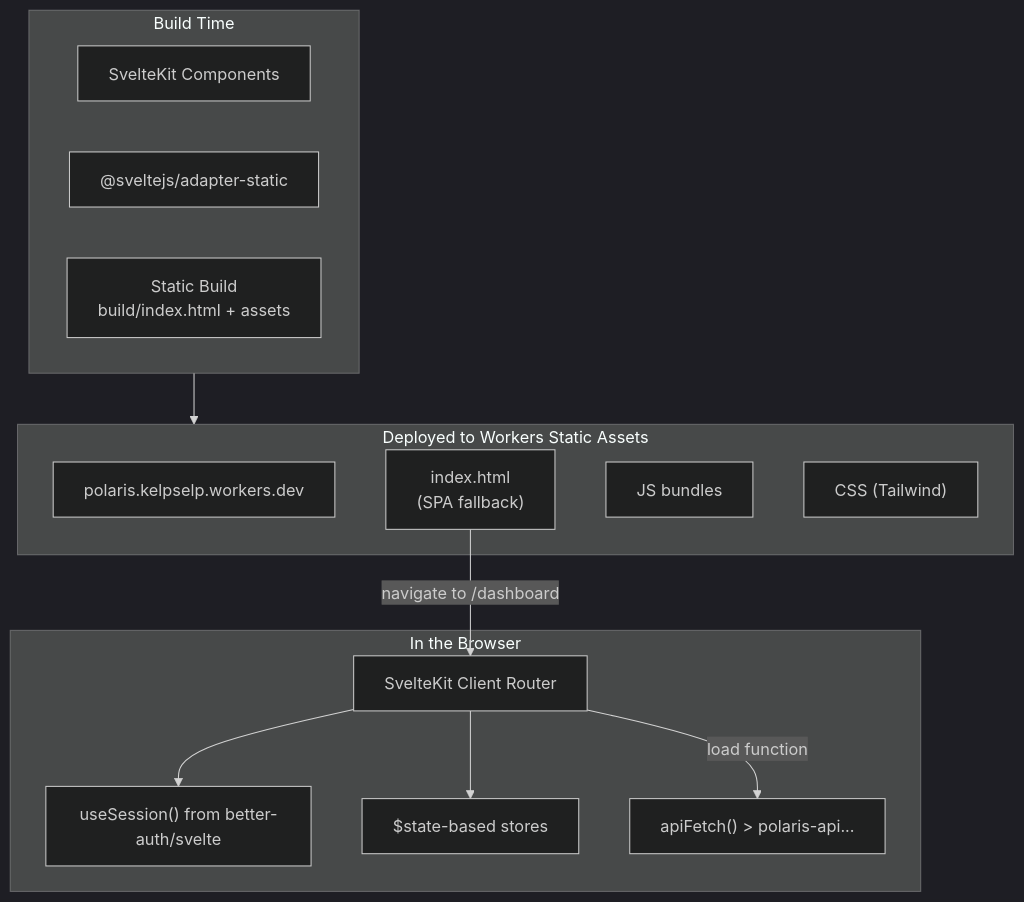
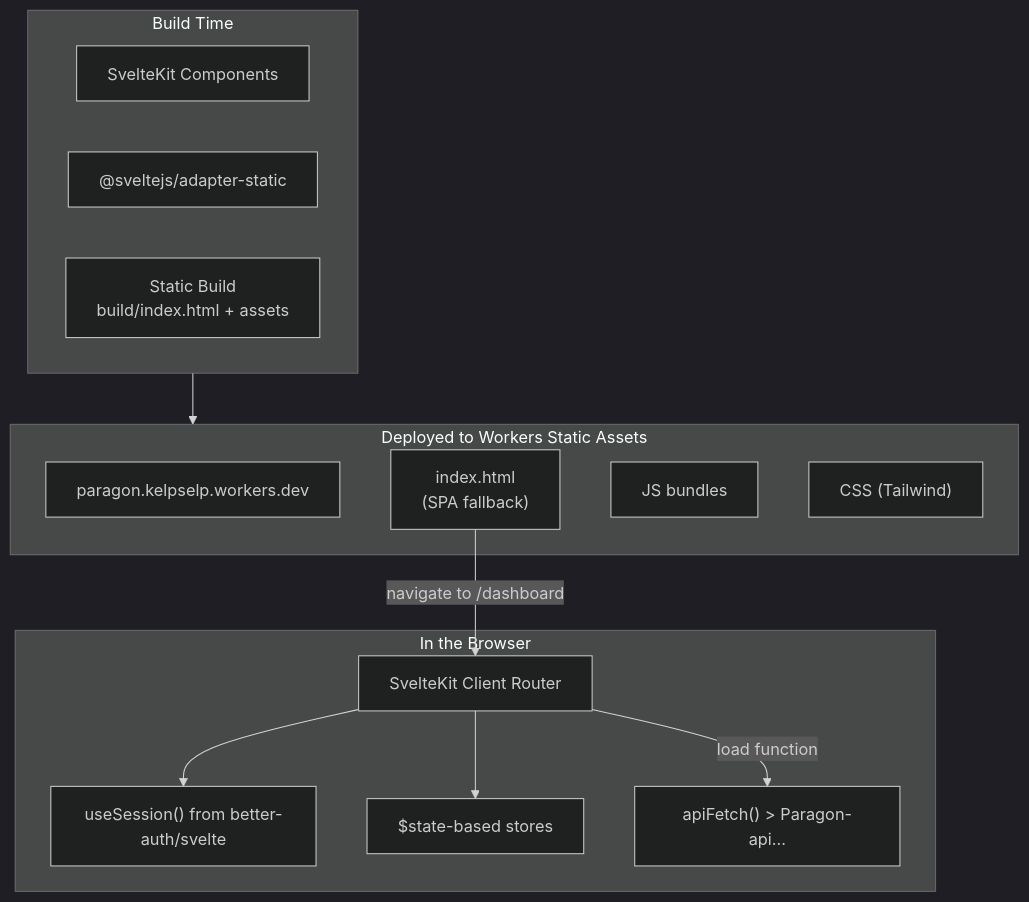
Before and after one commit to Zyxavy/Polaris: diagram 17 of 21 in docs/system-design.md, drawn with Mermaid (dark theme). The commit also changed other lines of this file and 60 other files, not shown here.

````diff
--- a/docs/system-design.md
+++ b/docs/system-design.md
@@ -767,28 +767,28 @@
 ```mermaid
 flowchart TB
     subgraph Build["Build Time"]
         Svelte["SvelteKit Components"]
         Adapter["@sveltejs/adapter-static"]
         BuildOut["Static Build<br/>build/index.html + assets"]
     end
 
     subgraph Deploy["Deployed to Workers Static Assets"]
-        Assets["polaris.kelpselp.workers.dev"]
+        Assets["paragon.kelpselp.workers.dev"]
         Index["index.html<br/>(SPA fallback)"]
         JS["JS bundles"]
         CSS["CSS (Tailwind)"]
     end
 
     subgraph Runtime["In the Browser"]
         Router["SvelteKit Client Router"]
         Auth["useSession() from better-auth/svelte"]
         Stores["$state-based stores"]
-        API["apiFetch() > polaris-api..."]
+        API["apiFetch() > Paragon-api..."]
     end
 
     Build --> Deploy
     Index -->|"navigate to /dashboard"| Router
     Router -->|"load function"| API
     Router --> Auth
     Router --> Stores
 ```
````
